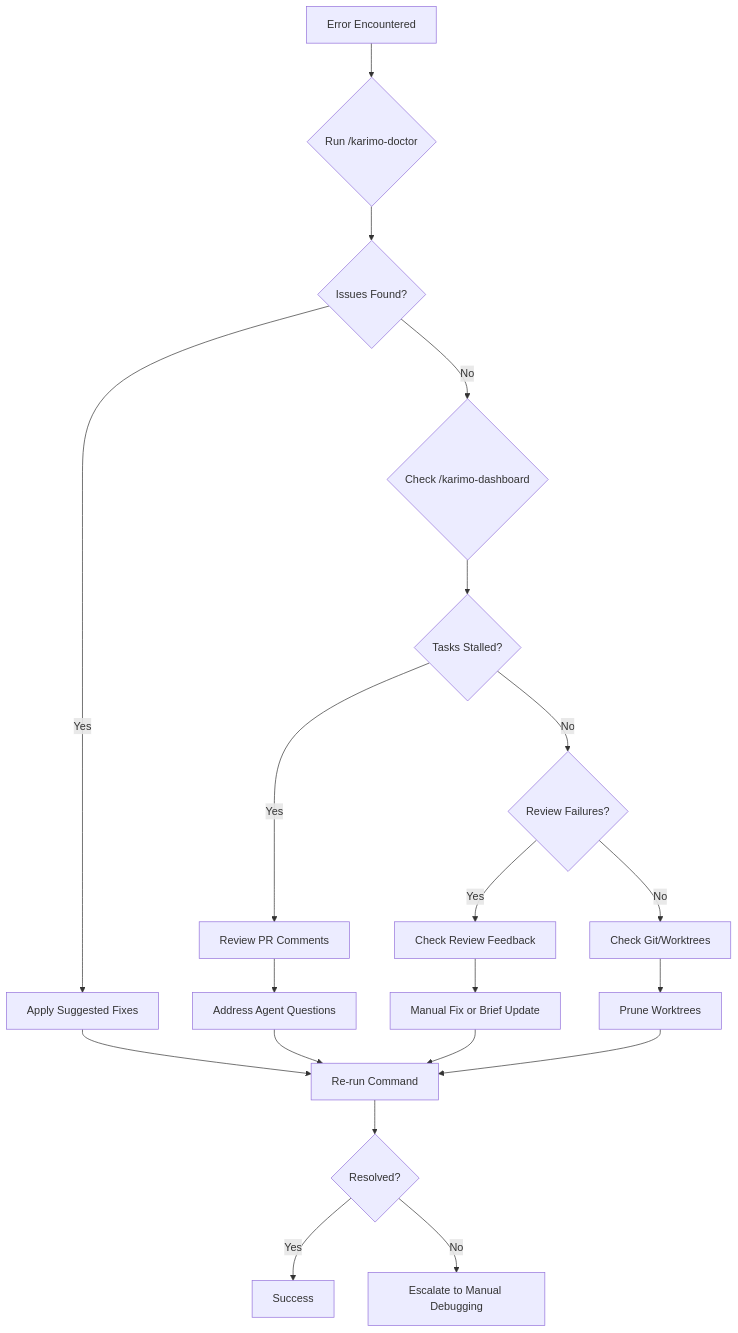
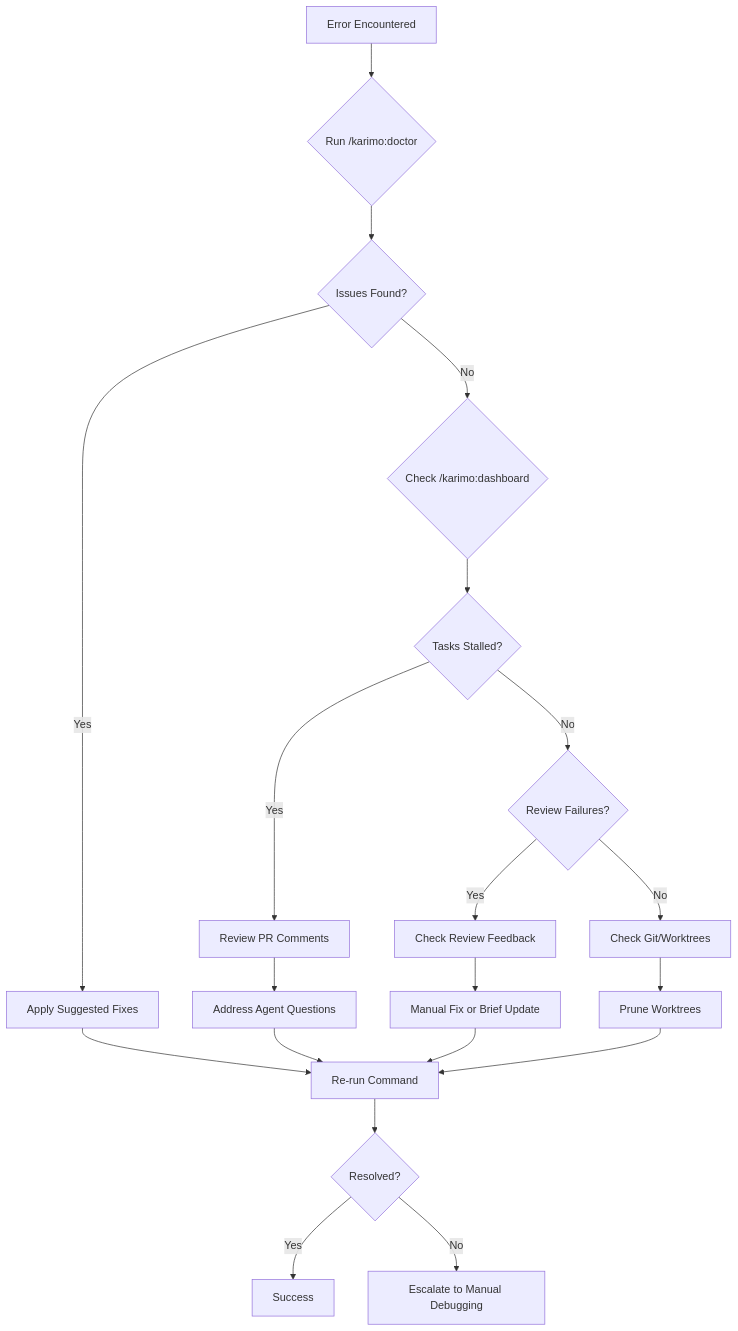
Before and after one commit to opensesh/KARIMO: the diagram in .karimo/docs/TROUBLESHOOTING.md, drawn with Mermaid. The commit also changed other lines of this file and 60 other files, not shown here.

````diff
--- a/.karimo/docs/TROUBLESHOOTING.md
+++ b/.karimo/docs/TROUBLESHOOTING.md
@@ -1188,22 +1188,22 @@
 ```mermaid
 graph TD
-    A[Error Encountered] --> B{Run /karimo-doctor}
+    A[Error Encountered] --> B{Run /karimo:doctor}
     B --> C{Issues Found?}
     C -->|Yes| D[Apply Suggested Fixes]
-    C -->|No| E{Check /karimo-dashboard}
+    C -->|No| E{Check /karimo:dashboard}
     D --> F[Re-run Command]
     E --> G{Tasks Stalled?}
     G -->|Yes| H[Review PR Comments]
     G -->|No| I{Review Failures?}
     H --> J[Address Agent Questions]
     I -->|Yes| K[Check Review Feedback]
     I -->|No| L[Check Git/Worktrees]
     J --> F
     K --> M[Manual Fix or Brief Update]
     L --> N[Prune Worktrees]
     M --> F
     N --> F
     F --> O{Resolved?}
     O -->|Yes| P[Success]
     O -->|No| Q[Escalate to Manual Debugging]
 ```
````
